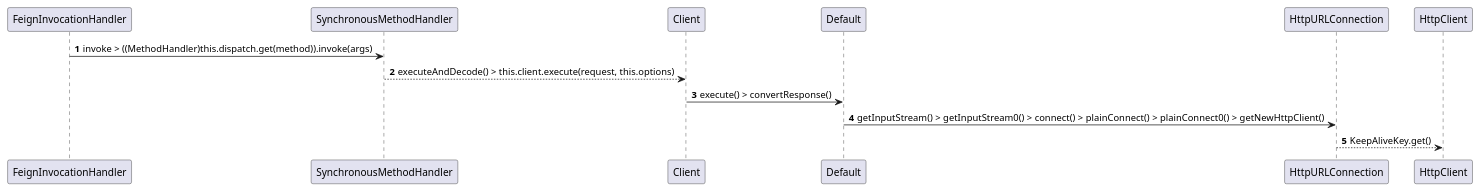
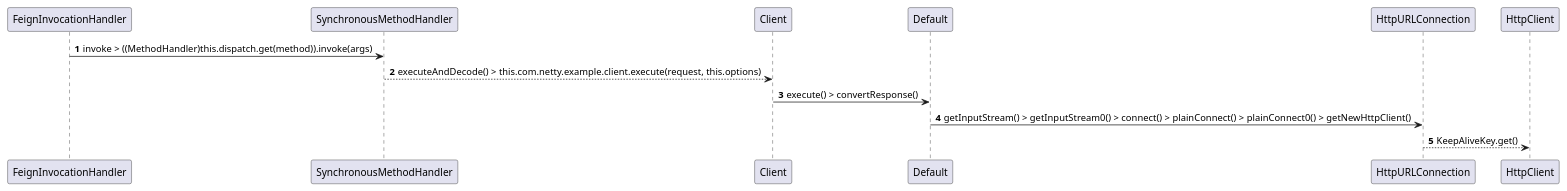
One commit to ZZUGeneral/cloud-project changed the diagram in spring-cloud-test/src/main/resources/uml/FeignKeepAlive.puml. Above: the diagram before and after it, drawn with PlantUML. The commit also changed 18 other files, not shown here.

```diff
--- a/spring-cloud-test/src/main/resources/uml/FeignKeepAlive.puml
+++ b/spring-cloud-test/src/main/resources/uml/FeignKeepAlive.puml
@@ -1,12 +1,12 @@
 @startuml
 'https://plantuml.com/sequence-diagram
 
 autonumber
 
 FeignInvocationHandler -> SynchronousMethodHandler: invoke > ((MethodHandler)this.dispatch.get(method)).invoke(args)
-SynchronousMethodHandler --> Client: executeAndDecode() > this.client.execute(request, this.options)
+SynchronousMethodHandler --> Client: executeAndDecode() > this.com.netty.example.client.execute(request, this.options)
 
 Client -> Default:execute() > convertResponse()
 Default -> HttpURLConnection: getInputStream() > getInputStream0()  > connect() > plainConnect() > plainConnect0() > getNewHttpClient()
 HttpURLConnection --> HttpClient: KeepAliveKey.get()
 @enduml
```
